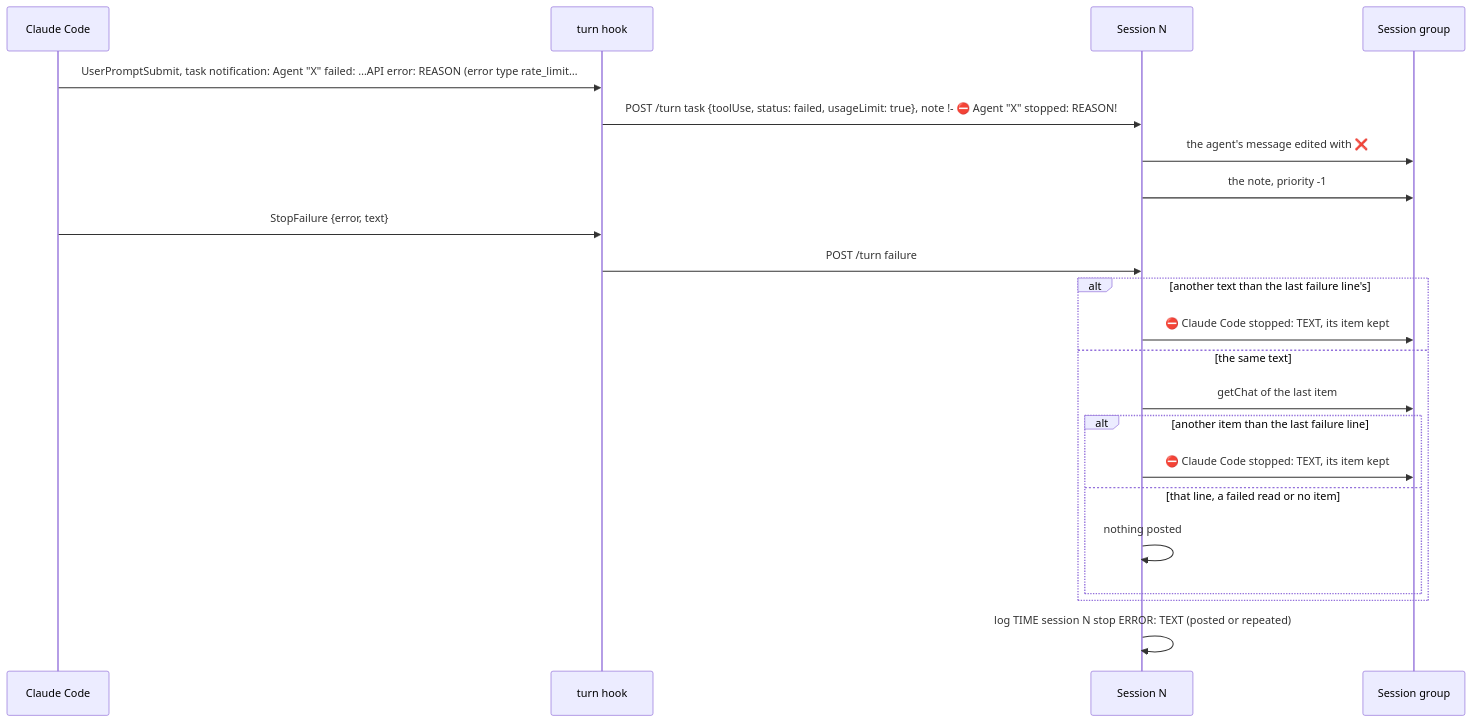
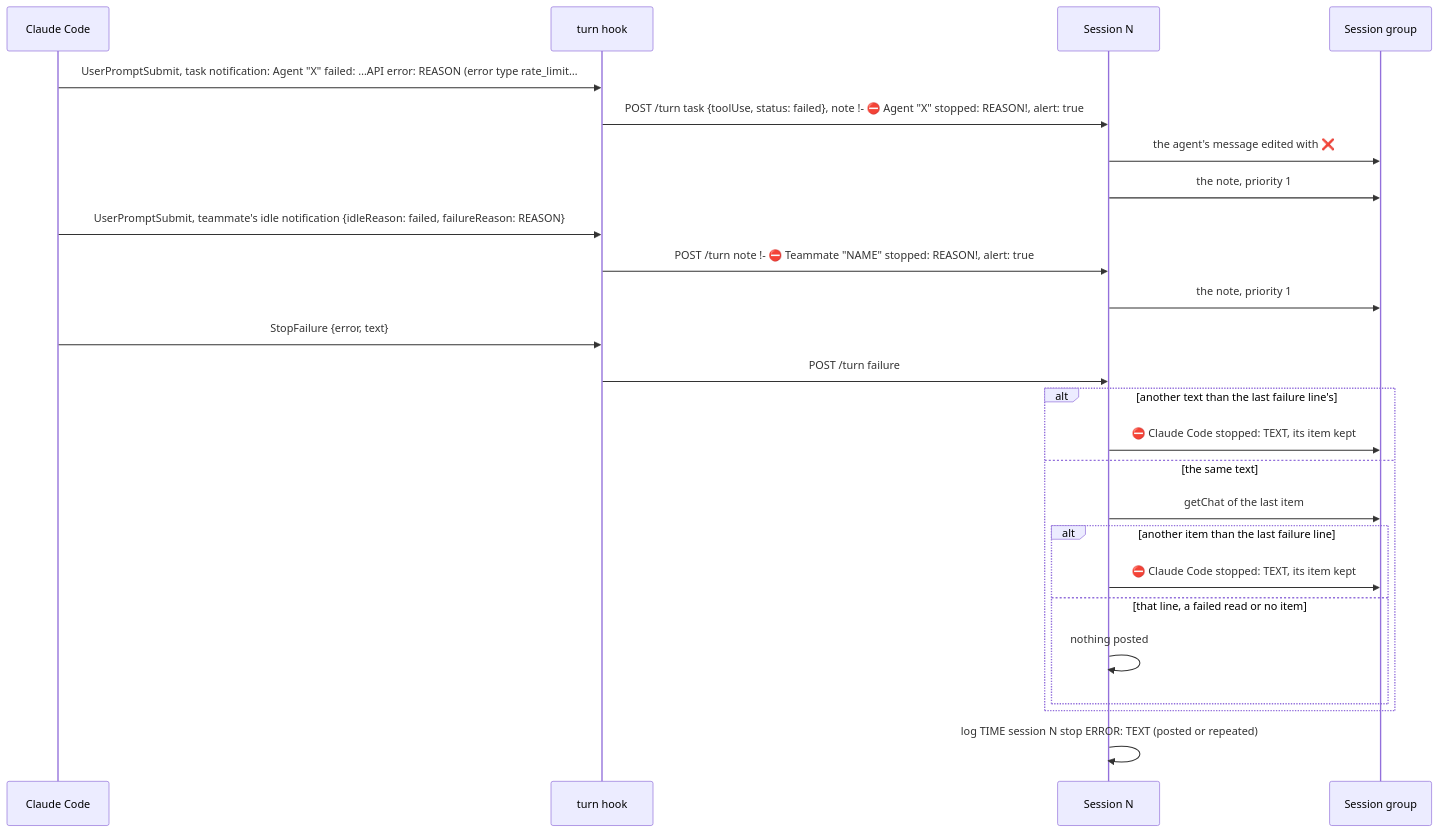
The second of 2 diagrams in plans/2026-11-27-mcp-one-process.md (simplex-chat/simplex-chat), drawn with Mermaid before and after one commit. The commit also changed other lines of this file and 8 other files, not shown here.

Commit message:
mcp: the stop lines of agents, workflows and teammates alert with priority 1, as the session's own stop line

````diff
--- a/plans/2026-11-27-mcp-one-process.md
+++ b/plans/2026-11-27-mcp-one-process.md
@@ -74,24 +75,27 @@
 ```mermaid
 sequenceDiagram
   participant L as Claude Code
   participant K as turn hook
   participant N as Session N
   participant G as Session group
   L->>K: UserPromptSubmit, task notification: Agent "X" failed: …API error: REASON (error type rate_limit…
-  K->>N: POST /turn task {toolUse, status: failed, usageLimit: true}, note !- ⛔ Agent "X" stopped: REASON!
+  K->>N: POST /turn task {toolUse, status: failed}, note !- ⛔ Agent "X" stopped: REASON!, alert: true
   N->>G: the agent's message edited with ❌
-  N->>G: the note, priority -1
+  N->>G: the note, priority 1
+  L->>K: UserPromptSubmit, teammate's idle notification {idleReason: failed, failureReason: REASON}
+  K->>N: POST /turn note !- ⛔ Teammate "NAME" stopped: REASON!, alert: true
+  N->>G: the note, priority 1
   L->>K: StopFailure {error, text}
   K->>N: POST /turn failure
   alt another text than the last failure line's
     N->>G: ⛔ Claude Code stopped: TEXT, its item kept
   else the same text
     N->>G: getChat of the last item
     alt another item than the last failure line
       N->>G: ⛔ Claude Code stopped: TEXT, its item kept
     else that line, a failed read or no item
       N->>N: nothing posted
     end
   end
   N->>N: log TIME session N stop ERROR: TEXT (posted or repeated)
 ```
````
